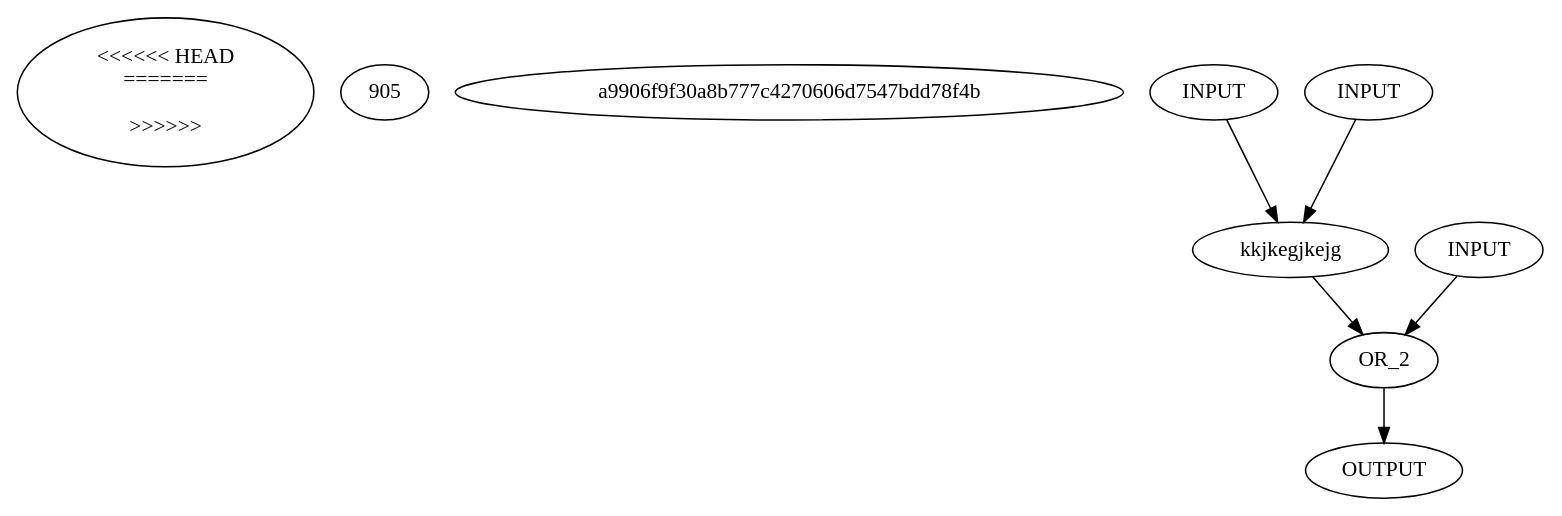
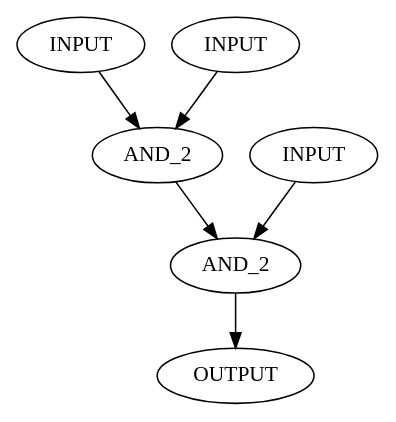
Before and after one commit to ozyz/Projet-Info: the diagram in test.dot, drawn with Graphviz. The commit also changed 3 other files, not shown here.

```diff
--- a/test.dot
+++ b/test.dot
@@ -1,19 +1,15 @@
 digraph G {
-<<<<<<< HEAD
-=======
-
->>>>>>> 905a9906f9f30a8b777c4270606d7547bdd78f4b
   in1[label="INPUT"]
   in2[label="INPUT"]
   in3[label="INPUT"]
   out1[label="OUTPUT"]
-  and[label="kkjkegjkejg"]
-  or[label="OR_2"]
+  and[label="AND_2"]
+  or[label="AND_2"]
 
   in1-> and
   in2-> and
   in3-> or
   and-> or
   or-> out1
 
 }
```
